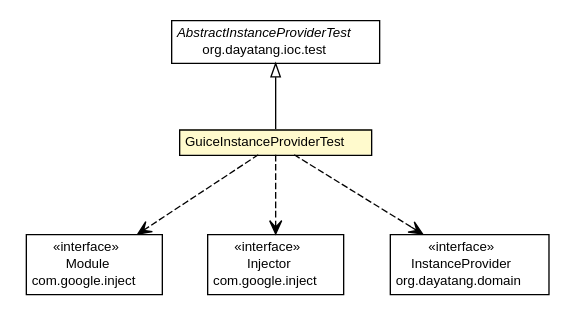
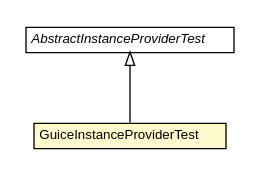
One commit to dayatang/dddlib changed the diagram in dddlib-ioc/dddlib-ioc-guice/testapidocs/org/dayatang/ioc/guice/GuiceInstanceProviderTest.dot. Above: the diagram before and after it, drawn with Graphviz. The commit also changed 94 other files, not shown here.

```diff
--- a/dddlib-ioc/dddlib-ioc-guice/testapidocs/org/dayatang/ioc/guice/GuiceInstanceProviderTest.dot
+++ b/dddlib-ioc/dddlib-ioc-guice/testapidocs/org/dayatang/ioc/guice/GuiceInstanceProviderTest.dot
@@ -1,57 +1,26 @@
 #!/usr/local/bin/dot
 #
 # Class diagram 
 # Generated by UMLGraph version R5_6_6-8-g8d7759 (http://www.umlgraph.org/)
 #
 
 digraph G {
 	edge [fontname="Helvetica",fontsize=10,labelfontname="Helvetica",labelfontsize=10];
 	node [fontname="Helvetica",fontsize=10,shape=plaintext];
 	nodesep=0.25;
 	ranksep=0.5;
 	// org.dayatang.ioc.guice.GuiceInstanceProviderTest
-	c16 [label=<<table title="org.dayatang.ioc.guice.GuiceInstanceProviderTest" border="0" cellborder="1" cellspacing="0" cellpadding="2" port="p" bgcolor="lemonChiffon" href="./GuiceInstanceProviderTest.html">
+	c13 [label=<<table title="org.dayatang.ioc.guice.GuiceInstanceProviderTest" border="0" cellborder="1" cellspacing="0" cellpadding="2" port="p" bgcolor="lemonChiffon" href="./GuiceInstanceProviderTest.html">
 		<tr><td><table border="0" cellspacing="0" cellpadding="1">
 <tr><td align="center" balign="center"> GuiceInstanceProviderTest </td></tr>
 		</table></td></tr>
 		</table>>, URL="./GuiceInstanceProviderTest.html", fontname="Helvetica", fontcolor="black", fontsize=10.0];
 	//org.dayatang.ioc.guice.GuiceInstanceProviderTest extends org.dayatang.ioc.test.AbstractInstanceProviderTest
-	c17:p -> c16:p [dir=back,arrowtail=empty];
-	// org.dayatang.ioc.guice.GuiceInstanceProviderTest DEPEND com.google.inject.Module
-	c16:p -> c18:p [taillabel="", label=" "headlabel="", fontname="Helvetica", fontcolor="black", fontsize=10.0, color="black", arrowhead=open, style=dashed];
-	// org.dayatang.ioc.guice.GuiceInstanceProviderTest DEPEND com.google.inject.Injector
-	c16:p -> c25:p [taillabel="", label=" "headlabel="", fontname="Helvetica", fontcolor="black", fontsize=10.0, color="black", arrowhead=open, style=dashed];
-	// org.dayatang.ioc.guice.GuiceInstanceProviderTest DEPEND org.dayatang.domain.InstanceProvider
-	c16:p -> c27:p [taillabel="", label=" "headlabel="", fontname="Helvetica", fontcolor="black", fontsize=10.0, color="black", arrowhead=open, style=dashed];
-	// com.google.inject.Module
-	c18 [label=<<table title="com.google.inject.Module" border="0" cellborder="1" cellspacing="0" cellpadding="2" port="p" href="http://java.sun.com/j2se/1.4.2/docs/api/com/google/inject/Module.html">
-		<tr><td><table border="0" cellspacing="0" cellpadding="1">
-<tr><td align="center" balign="center"> &#171;interface&#187; </td></tr>
-<tr><td align="center" balign="center"> Module </td></tr>
-<tr><td align="center" balign="center"> com.google.inject </td></tr>
-		</table></td></tr>
-		</table>>, URL="http://java.sun.com/j2se/1.4.2/docs/api/com/google/inject/Module.html", fontname="Helvetica", fontcolor="black", fontsize=10.0];
-	// org.dayatang.domain.InstanceProvider
-	c27 [label=<<table title="org.dayatang.domain.InstanceProvider" border="0" cellborder="1" cellspacing="0" cellpadding="2" port="p" href="http://java.sun.com/j2se/1.4.2/docs/api/org/dayatang/domain/InstanceProvider.html">
-		<tr><td><table border="0" cellspacing="0" cellpadding="1">
-<tr><td align="center" balign="center"> &#171;interface&#187; </td></tr>
-<tr><td align="center" balign="center"> InstanceProvider </td></tr>
-<tr><td align="center" balign="center"> org.dayatang.domain </td></tr>
-		</table></td></tr>
-		</table>>, URL="http://java.sun.com/j2se/1.4.2/docs/api/org/dayatang/domain/InstanceProvider.html", fontname="Helvetica", fontcolor="black", fontsize=10.0];
-	// com.google.inject.Injector
-	c25 [label=<<table title="com.google.inject.Injector" border="0" cellborder="1" cellspacing="0" cellpadding="2" port="p" href="http://java.sun.com/j2se/1.4.2/docs/api/com/google/inject/Injector.html">
-		<tr><td><table border="0" cellspacing="0" cellpadding="1">
-<tr><td align="center" balign="center"> &#171;interface&#187; </td></tr>
-<tr><td align="center" balign="center"> Injector </td></tr>
-<tr><td align="center" balign="center"> com.google.inject </td></tr>
-		</table></td></tr>
-		</table>>, URL="http://java.sun.com/j2se/1.4.2/docs/api/com/google/inject/Injector.html", fontname="Helvetica", fontcolor="black", fontsize=10.0];
+	c14:p -> c13:p [dir=back,arrowtail=empty];
 	// org.dayatang.ioc.test.AbstractInstanceProviderTest
-	c17 [label=<<table title="org.dayatang.ioc.test.AbstractInstanceProviderTest" border="0" cellborder="1" cellspacing="0" cellpadding="2" port="p" href="http://java.sun.com/j2se/1.4.2/docs/api/org/dayatang/ioc/test/AbstractInstanceProviderTest.html">
+	c14 [label=<<table title="org.dayatang.ioc.test.AbstractInstanceProviderTest" border="0" cellborder="1" cellspacing="0" cellpadding="2" port="p">
 		<tr><td><table border="0" cellspacing="0" cellpadding="1">
 <tr><td align="center" balign="center"><font face="Helvetica-Oblique"> AbstractInstanceProviderTest </font></td></tr>
-<tr><td align="center" balign="center"> org.dayatang.ioc.test </td></tr>
 		</table></td></tr>
-		</table>>, URL="http://java.sun.com/j2se/1.4.2/docs/api/org/dayatang/ioc/test/AbstractInstanceProviderTest.html", fontname="Helvetica", fontcolor="black", fontsize=10.0];
+		</table>>, URL="null", fontname="Helvetica", fontcolor="black", fontsize=10.0];
 }
```
